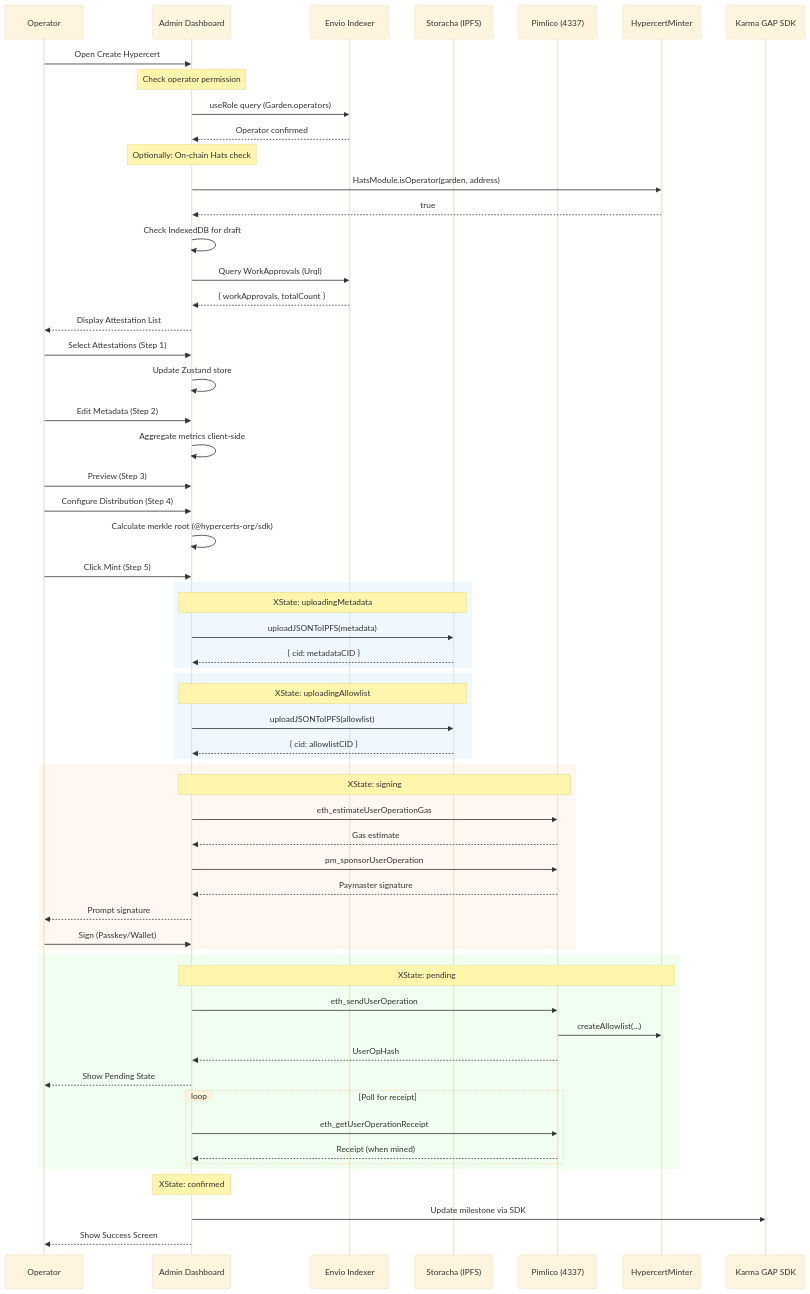
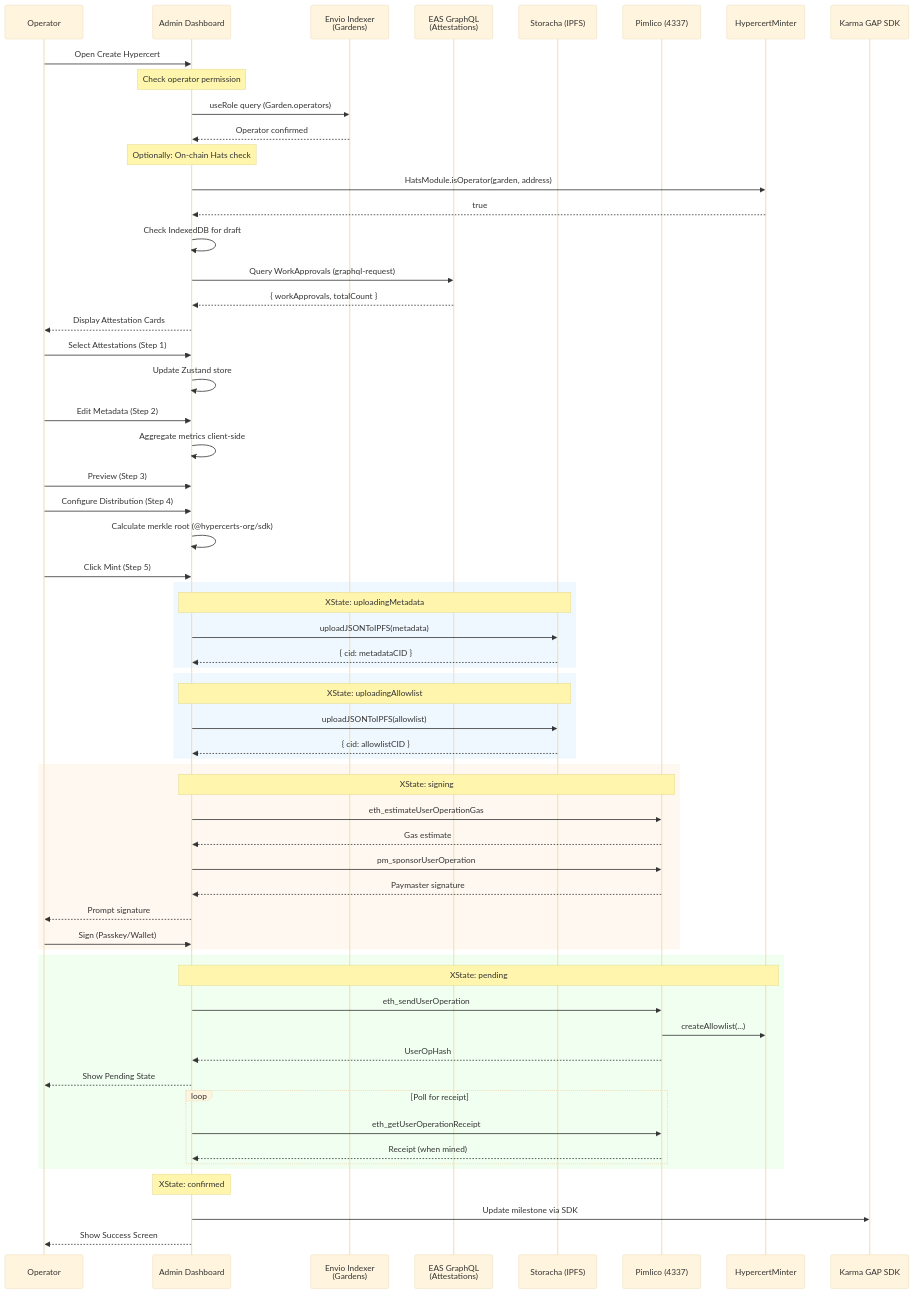
One commit to greenpill-dev-guild/green-goods changed the sixth of 12 diagrams in docs/docs/specs/hypercerts/technical-spec.md. Above: the diagram before and after it, drawn with Mermaid (base theme). The commit also changed other lines of this file and 11 other files, not shown here.

````diff
--- a/docs/docs/specs/hypercerts/technical-spec.md
+++ b/docs/docs/specs/hypercerts/technical-spec.md
@@ -1166,78 +1177,79 @@
 ```mermaid
 sequenceDiagram
     participant Op as Operator
     participant Admin as Admin Dashboard
-    participant Envio as Envio Indexer
+    participant Envio as Envio Indexer<br/>(Gardens)
+    participant EAS as EAS GraphQL<br/>(Attestations)
     participant IPFS as Storacha (IPFS)
     participant Pim as Pimlico (4337)
     participant HC as HypercertMinter
     participant GAP as Karma GAP SDK
 
     Op->>Admin: Open Create Hypercert
 
     Note over Admin: Check operator permission
     Admin->>Envio: useRole query (Garden.operators)
     Envio-->>Admin: Operator confirmed
 
     Note over Admin: Optionally: On-chain Hats check
     Admin->>HC: HatsModule.isOperator(garden, address)
     HC-->>Admin: true
 
     Admin->>Admin: Check IndexedDB for draft
 
-    Admin->>Envio: Query WorkApprovals (Urql)
-    Envio-->>Admin: { workApprovals, totalCount }
-    Admin-->>Op: Display Attestation List
+    Admin->>EAS: Query WorkApprovals (graphql-request)
+    EAS-->>Admin: { workApprovals, totalCount }
+    Admin-->>Op: Display Attestation Cards
 
     Op->>Admin: Select Attestations (Step 1)
     Admin->>Admin: Update Zustand store
 
     Op->>Admin: Edit Metadata (Step 2)
     Admin->>Admin: Aggregate metrics client-side
 
     Op->>Admin: Preview (Step 3)
 
     Op->>Admin: Configure Distribution (Step 4)
     Admin->>Admin: Calculate merkle root (@hypercerts-org/sdk)
 
     Op->>Admin: Click Mint (Step 5)
 
     rect rgb(240, 248, 255)
         Note over Admin,IPFS: XState: uploadingMetadata
         Admin->>IPFS: uploadJSONToIPFS(metadata)
         IPFS-->>Admin: { cid: metadataCID }
     end
 
     rect rgb(240, 248, 255)
         Note over Admin,IPFS: XState: uploadingAllowlist
         Admin->>IPFS: uploadJSONToIPFS(allowlist)
         IPFS-->>Admin: { cid: allowlistCID }
     end
 
     rect rgb(255, 248, 240)
         Note over Admin,Pim: XState: signing
         Admin->>Pim: eth_estimateUserOperationGas
         Pim-->>Admin: Gas estimate
         Admin->>Pim: pm_sponsorUserOperation
         Pim-->>Admin: Paymaster signature
         Admin-->>Op: Prompt signature
         Op->>Admin: Sign (Passkey/Wallet)
     end
 
     rect rgb(240, 255, 240)
         Note over Admin,HC: XState: pending
         Admin->>Pim: eth_sendUserOperation
         Pim->>HC: createAllowlist(...)
         Pim-->>Admin: UserOpHash
         Admin-->>Op: Show Pending State
 
         loop Poll for receipt
             Admin->>Pim: eth_getUserOperationReceipt
             Pim-->>Admin: Receipt (when mined)
         end
     end
 
     Note over Admin: XState: confirmed
     Admin->>GAP: Update milestone via SDK
     Admin-->>Op: Show Success Screen
 ```
````
